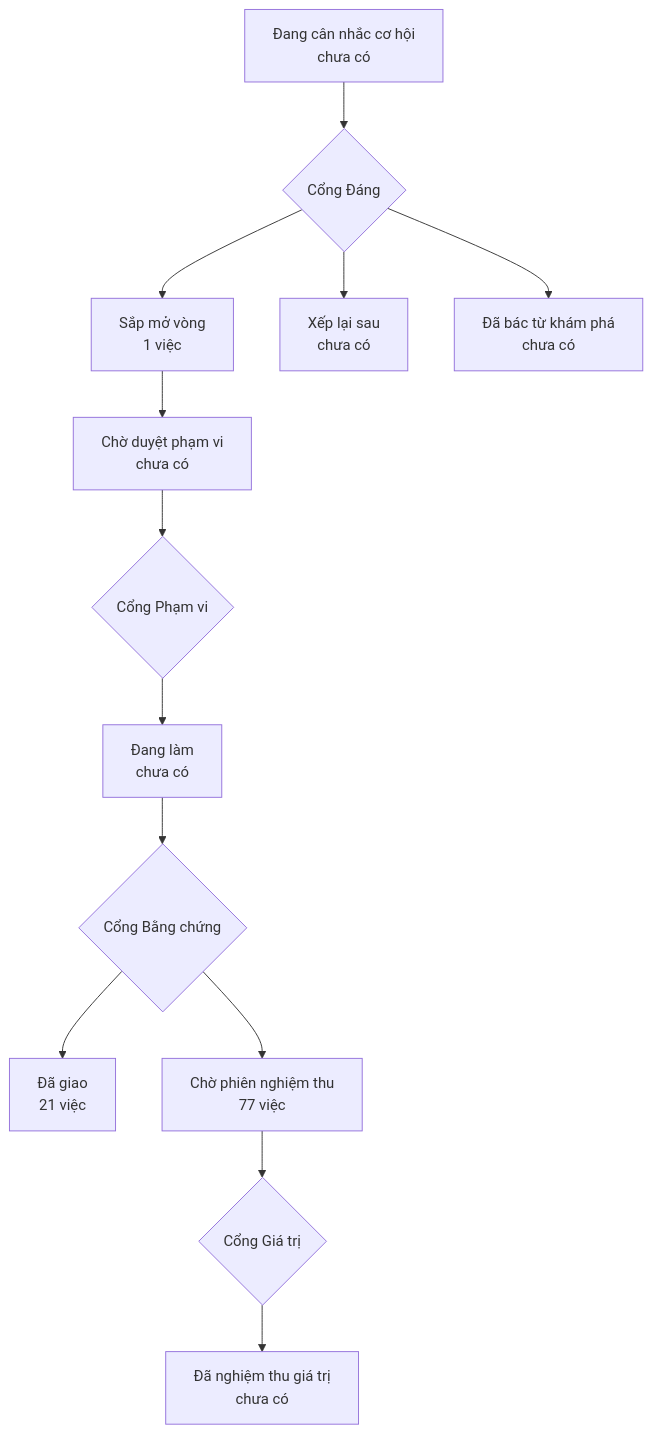
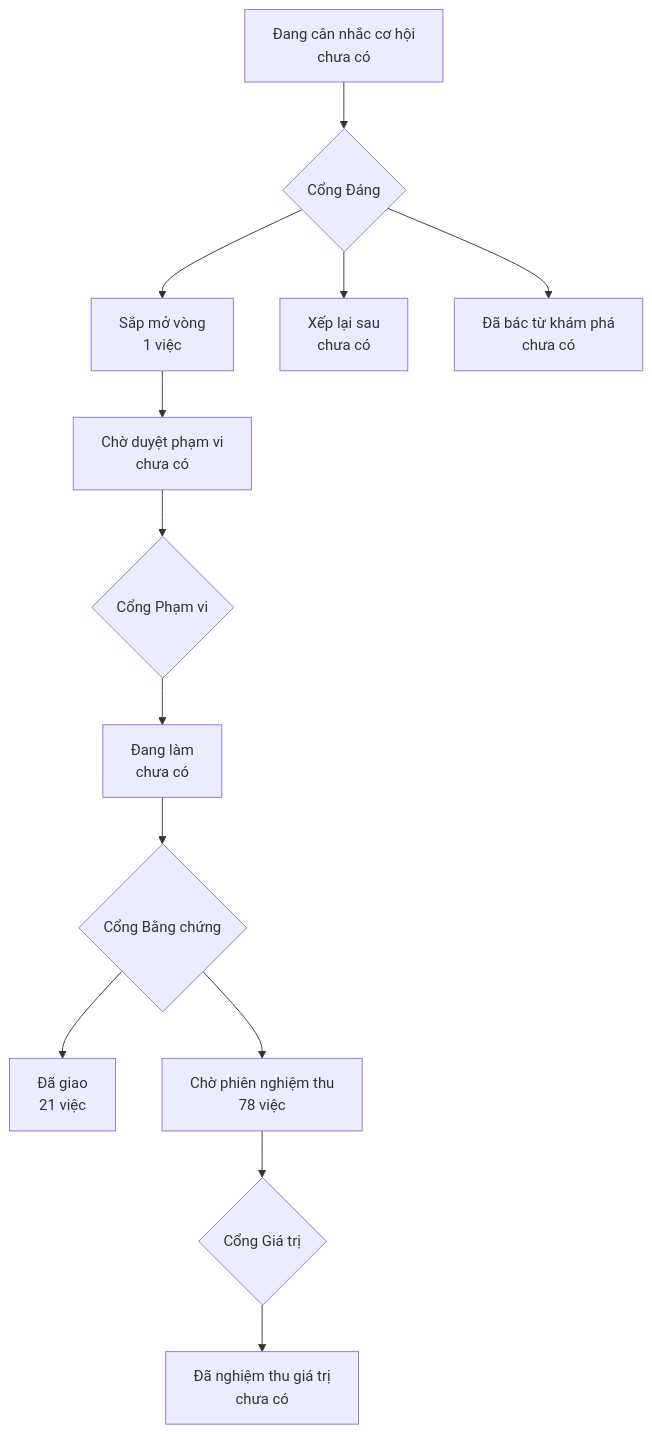
Before and after one commit to phanlemanh/onehub-quy-hang: the diagram in PRODUCT-MAP.md, drawn with Mermaid. The commit also changed other lines of this file and 1 other file, not shown here.

Commit message:
chore: vẽ lại bản đồ sản phẩm và lộ trình sau gộp main

````diff
--- a/PRODUCT-MAP.md
+++ b/PRODUCT-MAP.md
@@ -7,12 +7,12 @@
 ```mermaid
 flowchart TD
   A["Đang cân nhắc cơ hội<br/>chưa có"] --> GD{"Cổng Đáng"}
   GD --> B["Sắp mở vòng<br/>1 việc"]
   GD --> XL["Xếp lại sau<br/>chưa có"]
   GD --> DB["Đã bác từ khám phá<br/>chưa có"]
   B --> CD["Chờ duyệt phạm vi<br/>chưa có"] --> GP{"Cổng Phạm vi"}
   GP --> DL["Đang làm<br/>chưa có"] --> GB{"Cổng Bằng chứng"}
   GB --> DG["Đã giao<br/>21 việc"]
-  GB --> CN["Chờ phiên nghiệm thu<br/>77 việc"] --> GG{"Cổng Giá trị"}
+  GB --> CN["Chờ phiên nghiệm thu<br/>78 việc"] --> GG{"Cổng Giá trị"}
   GG --> NT["Đã nghiệm thu giá trị<br/>chưa có"]
 ```
````
